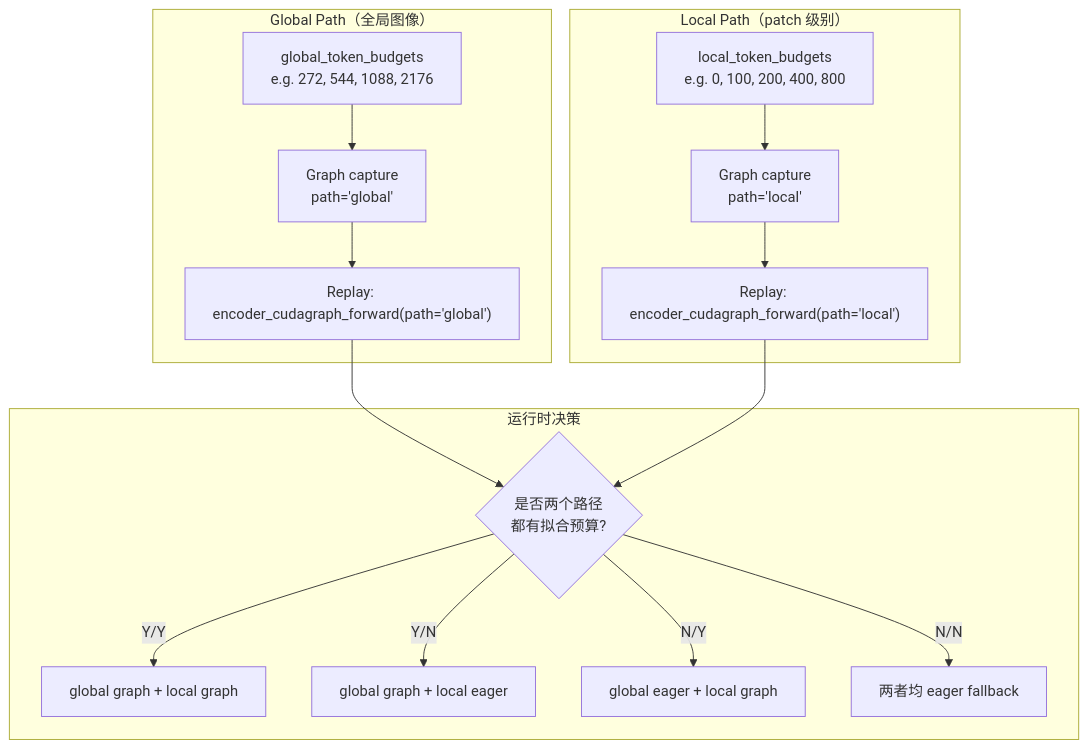
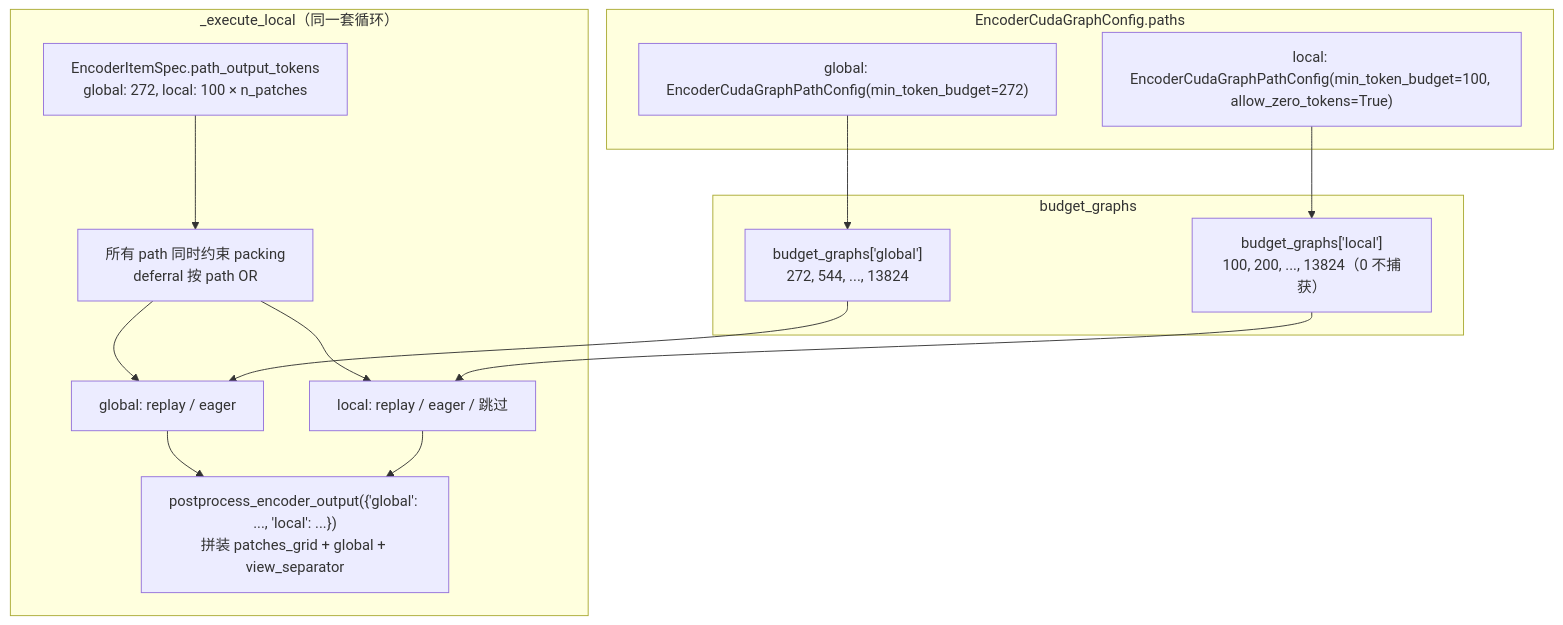
The sixth of 9 diagrams in skills/vllm-feature-tutorial/outputs/vit_full_cuda_graph.md (shen-shanshan/vllm-dev-skills), drawn with Mermaid before and after one commit. The commit also changed other lines of this file, not shown here.

Commit message:
Update vit cuda graph doc

````diff
--- a/skills/vllm-feature-tutorial/outputs/vit_full_cuda_graph.md
+++ b/skills/vllm-feature-tutorial/outputs/vit_full_cuda_graph.md
@@ -608,31 +940,26 @@
 ```mermaid
 flowchart TB
-    subgraph GlobalPath["Global Path（全局图像）"]
-        G1[global_token_budgets<br/>e.g. 272, 544, 1088, 2176]
-        G2["Graph capture<br/>path='global'"]
-        G3["Replay: encoder_cudagraph_forward(path='global')"]
-        G1 --> G2 --> G3
+    subgraph Config["EncoderCudaGraphConfig.paths"]
+        PG["global: EncoderCudaGraphPathConfig(min_token_budget=272)"]
+        PL["local: EncoderCudaGraphPathConfig(min_token_budget=100, allow_zero_tokens=True)"]
     end
 
-    subgraph LocalPath["Local Path（patch 级别）"]
-        L1[local_token_budgets<br/>e.g. 0, 100, 200, 400, 800]
-        L2["Graph capture<br/>path='local'"]
-        L3["Replay: encoder_cudagraph_forward(path='local')"]
-        L1 --> L2 --> L3
+    subgraph Graphs["budget_graphs"]
+        GG["budget_graphs['global']<br/>272, 544, ..., 13824"]
+        GL["budget_graphs['local']<br/>100, 200, ..., 13824（0 不捕获）"]
     end
 
-    subgraph Runtime["运行时决策"]
-        R1{是否两个路径<br/>都有拟合预算?}
-        R2[global graph + local graph]
-        R3[global graph + local eager]
-        R4[global eager + local graph]
-        R5[两者均 eager fallback]
-        R1 -->|Y/Y| R2
-        R1 -->|Y/N| R3
-        R1 -->|N/Y| R4
-        R1 -->|N/N| R5
+    subgraph Runtime["_execute_local（同一套循环）"]
+        S[EncoderItemSpec.path_output_tokens<br/>global: 272, local: 100 × n_patches]
+        P[所有 path 同时约束 packing<br/>deferral 按 path OR]
+        R1[global: replay / eager]
+        R2[local: replay / eager / 跳过]
+        PP["postprocess_encoder_output({'global': ..., 'local': ...})<br/>拼装 patches_grid + global + view_separator"]
+        S --> P --> R1 & R2 --> PP
     end
 
-    G3 --> R1
-    L3 --> R1
+    PG --> GG
+    PL --> GL
+    GG --> R1
+    GL --> R2
 ```
````
